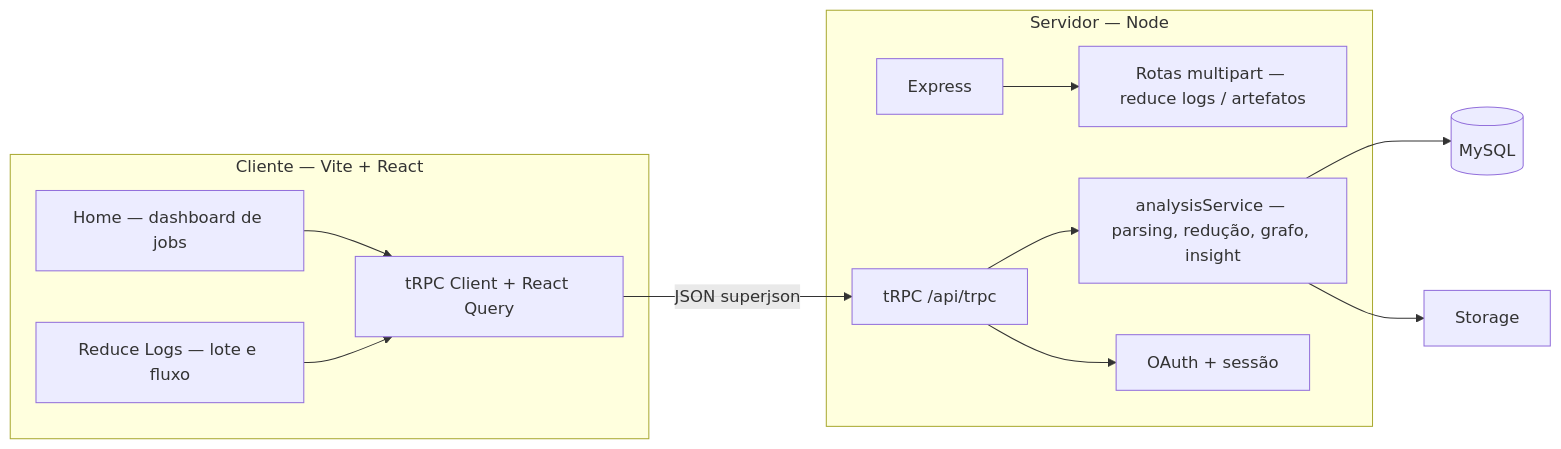
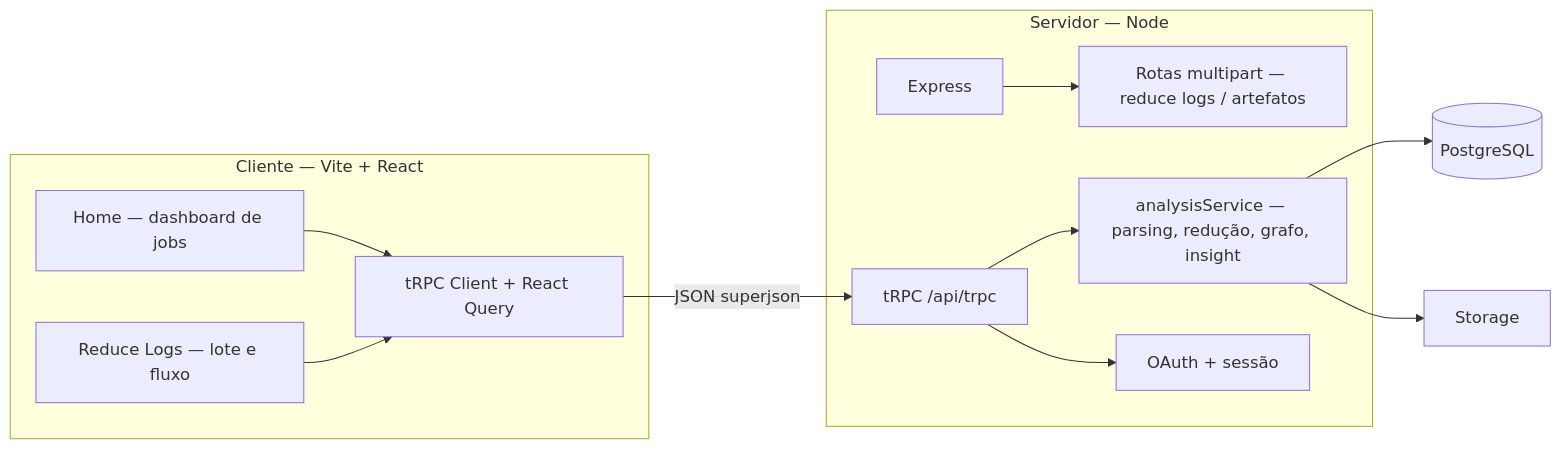
One commit to margefson/AI_correlacion_contradef changed the second of 3 diagrams in docs/MANUAL_COMPLETO_SISTEMA.md. Above: the diagram before and after it, drawn with Mermaid. The commit also changed other lines of this file and 23 other files, not shown here.

First line of the commit message:
feat(db): PostgreSQL (Drizzle + pg) em vez de MySQL; docs e Render

````diff
--- a/docs/MANUAL_COMPLETO_SISTEMA.md
+++ b/docs/MANUAL_COMPLETO_SISTEMA.md
@@ -66,25 +66,25 @@
 ```mermaid
 flowchart LR
   subgraph client["Cliente — Vite + React"]
     P1[Home — dashboard de jobs]
     P2[Reduce Logs — lote e fluxo]
     TRPCC[tRPC Client + React Query]
   end
 
   subgraph server["Servidor — Node"]
     EXP[Express]
     TRPCS[tRPC /api/trpc]
     ASVC[analysisService — parsing, redução, grafo, insight]
     UP[Rotas multipart — reduce logs / artefatos]
     AUTH[OAuth + sessão]
   end
 
   P1 --> TRPCC
   P2 --> TRPCC
   TRPCC -->|JSON superjson| TRPCS
   TRPCS --> ASVC
   EXP --> UP
   TRPCS --> AUTH
-  ASVC --> DB[(MySQL)]
+  ASVC --> DB[(PostgreSQL)]
   ASVC --> ST2[Storage]
 ```
````
